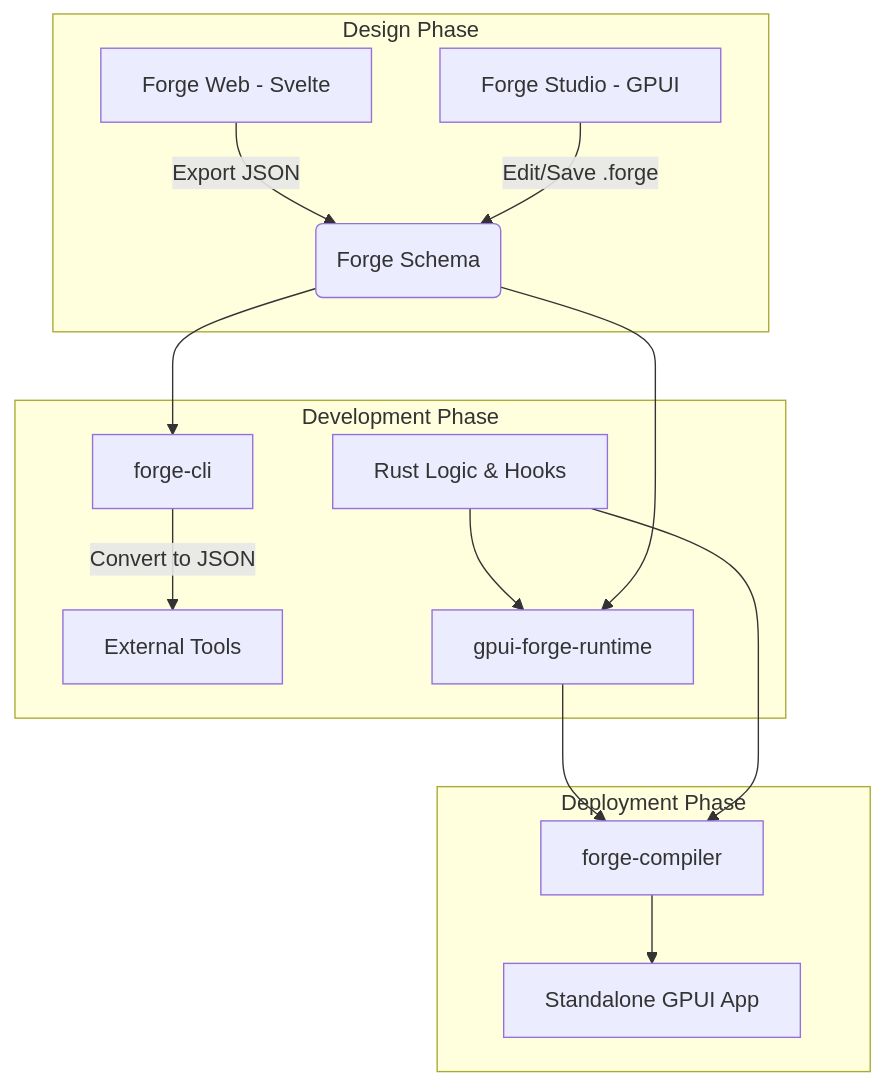
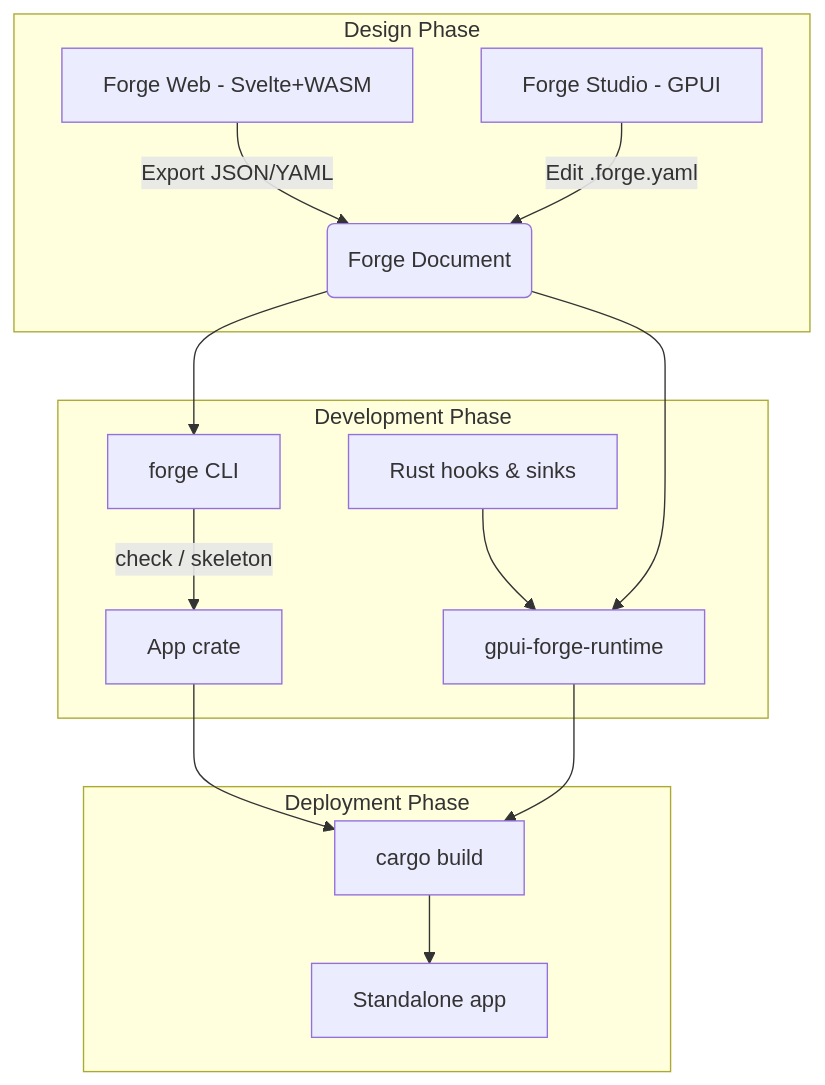
One commit to skamansam/gpui-forge changed the diagram in README.md. Above: the diagram before and after it, drawn with Mermaid. The commit also changed other lines of this file, not shown here.

````diff
--- a/README.md
+++ b/README.md
@@ -110,20 +199,20 @@
 ```mermaid
 graph TD
     subgraph "Design Phase"
-        A[Forge Web - Svelte] -->|Export JSON| B(Forge Schema)
-        C[Forge Studio - GPUI] -->|Edit/Save .forge| B
+        A[Forge Web - Svelte+WASM] -->|Export JSON/YAML| B(Forge Document)
+        C[Forge Studio - GPUI] -->|Edit .forge.yaml| B
     end
 
     subgraph "Development Phase"
-        B --> D[forge-cli]
-        D -->|Convert to JSON| E[External Tools]
-        F[Rust Logic & Hooks] --> G[gpui-forge-runtime]
+        B --> D[forge CLI]
+        D -->|check / skeleton| E[App crate]
+        F[Rust hooks & sinks] --> G[gpui-forge-runtime]
         B --> G
     end
 
     subgraph "Deployment Phase"
-        G --> H[forge-compiler]
-        F --> H
-        H --> I[Standalone GPUI App]
+        E --> H[cargo build]
+        G --> H
+        H --> I[Standalone app]
     end
 ```
````
